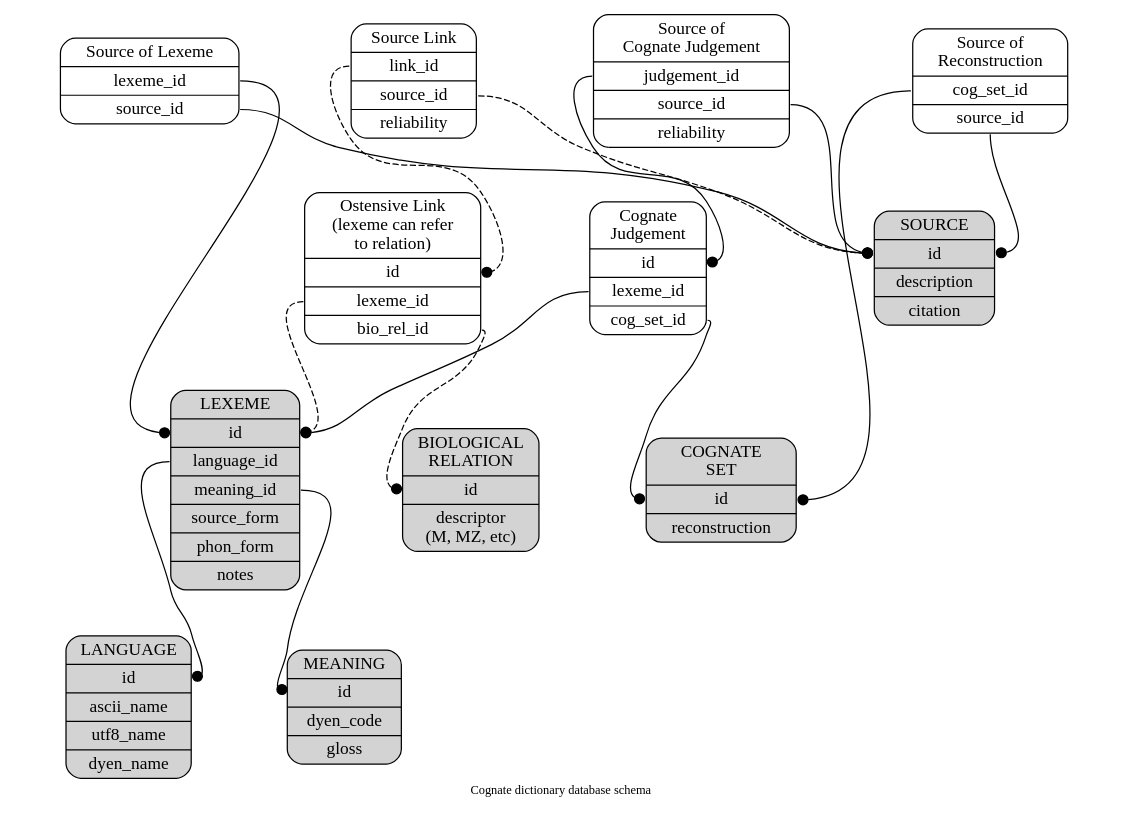
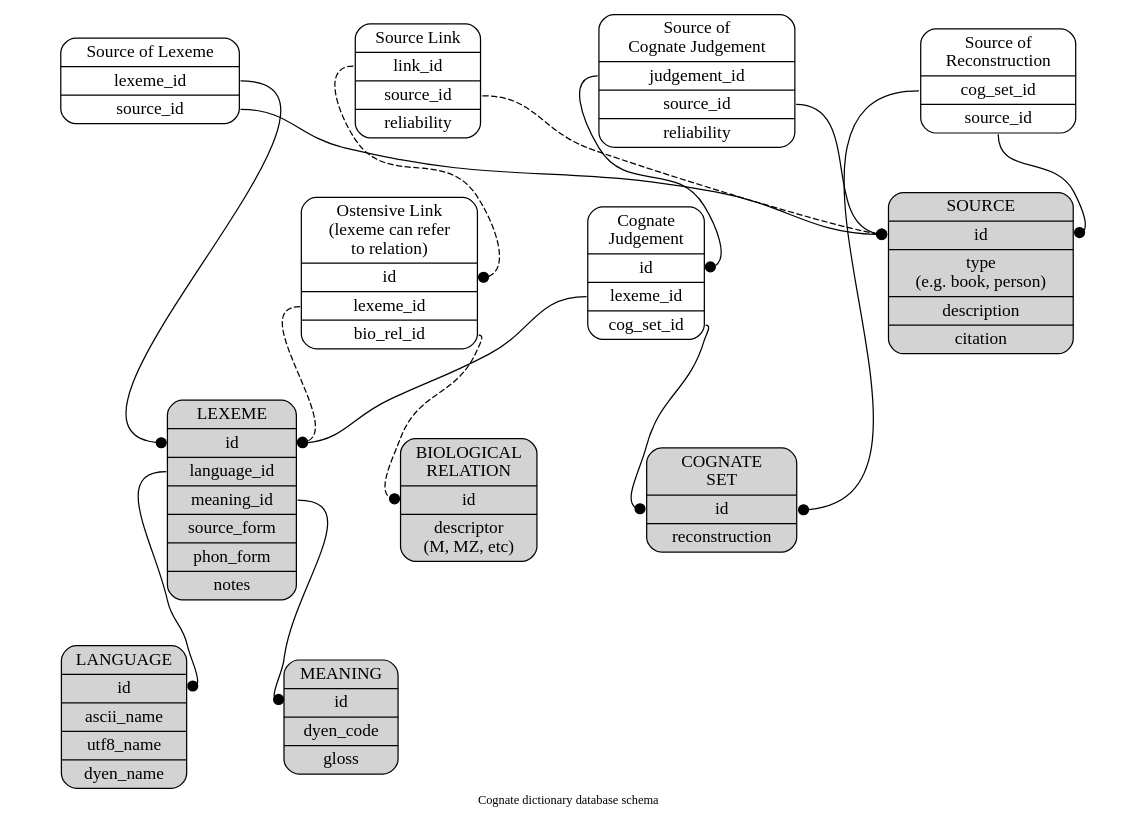
The diagram in database_structure.dot (lingdb/CoBL-public), drawn with Graphviz before and after one commit.

```diff
--- a/database_structure.dot
+++ b/database_structure.dot
@@ -1,66 +1,66 @@
-digraph g {
+digraph g { // neato -Tpdf -O database_structure.dot
   ordering=out;
   fontsize=10;
   overlap=scale;
   splines=true;
   sep=0.2;
   ratio=0.7;
   label="Cognate dictionary database schema";
   node [shape=Mrecord];
   edge [arrowhead=dot];
 
   lexeme [pos="2,3!",style=filled,
 	label="{LEXEME |<id> id |<lid> language_id |<mid> meaning_id | source_form | phon_form | notes }"];
   source [pos="7,3!",style=filled,
-	label="{SOURCE |<id> id | description | citation }"];
+	label="{SOURCE |<id> id | type\n(e.g. book, person) | description | citation }"];
   meaning [pos="1,2!",style=filled,
 	label="{MEANING |<id> id | dyen_code | gloss }"];
   language [pos="1,4!",style=filled,
 	label="{LANGUAGE |<id> id | ascii_name | utf8_name | dyen_name}"];
   cogset [pos="4,4!",style=filled,
 	label="{COGNATE\nSET |<id> id | reconstruction}"];
-  judgement [pos="3,4.5!",
-	label="{Cognate\nJudgement |<id> id |<fid> lexeme_id |<cid> cog_set_id}"];
   biological [pos="4,1!",style=filled,
 	label="{BIOLOGICAL\nRELATION | <id> id | descriptor\n(M, MZ, etc)}"];
 
   // Many to many tables
+  judgement [pos="3,4.5!",
+	label="{Cognate\nJudgement |<id> id |<fid> lexeme_id |<cid> cog_set_id}"];
   formsource [pos="5,3!",
 	label="{Source of Lexeme |<fid> lexeme_id |<sid> source_id}"];
   judgesource [pos="5,5!",
 	label="{Source of\nCognate Judgement |<jid> judgement_id |<sid> source_id | reliability}"];
   cogsource [pos="5,4!",
 	label="{Source of\nReconstruction |<cid> cog_set_id |<sid> source_id}"];
   formbio [pos="3,2!",
 	label="{Ostensive Link\n(lexeme can refer\nto relation) |<id> id |<fid> lexeme_id |<bid> bio_rel_id}"];
   biosource [pos="5,2!",
 	label="{Source Link |<lid> link_id |<sid> source_id | reliability}"];
 
   // meaning [pos="1,1!"];	
   // language [pos="1,2!"];
   // lexeme [pos="2,1.5!"];
   // formsource [pos="4,1!"];
   // judgesource [pos="4.5,2.5!"];
   // cogsource [pos="5,1.5!"];
   // source [pos="6,1.5!"];
   // cogset [pos="4,1.5!"];
   // judgement [pos="3,2!"];
   // biological [pos="4,0!"];
   // formbio [pos="3,0.5!"];
 
   judgement:fid -> lexeme:id [weight=8]; 
   judgement:cid -> cogset:id [weight=8];
   formsource:fid -> lexeme:id;
   formsource:sid -> source:id;
   judgesource:jid -> judgement:id;
   judgesource:sid -> source:id;
   cogsource:cid -> cogset:id;
   cogsource:sid -> source:id;
   lexeme:lid -> language:id;
   lexeme:mid -> meaning:id;
 
   formbio:fid -> lexeme:id [style=dashed];
   formbio:bid -> biological:id [style=dashed];
   biosource:lid -> formbio:id [style=dashed];
   biosource:sid -> source:id [style=dashed];
 }
```
